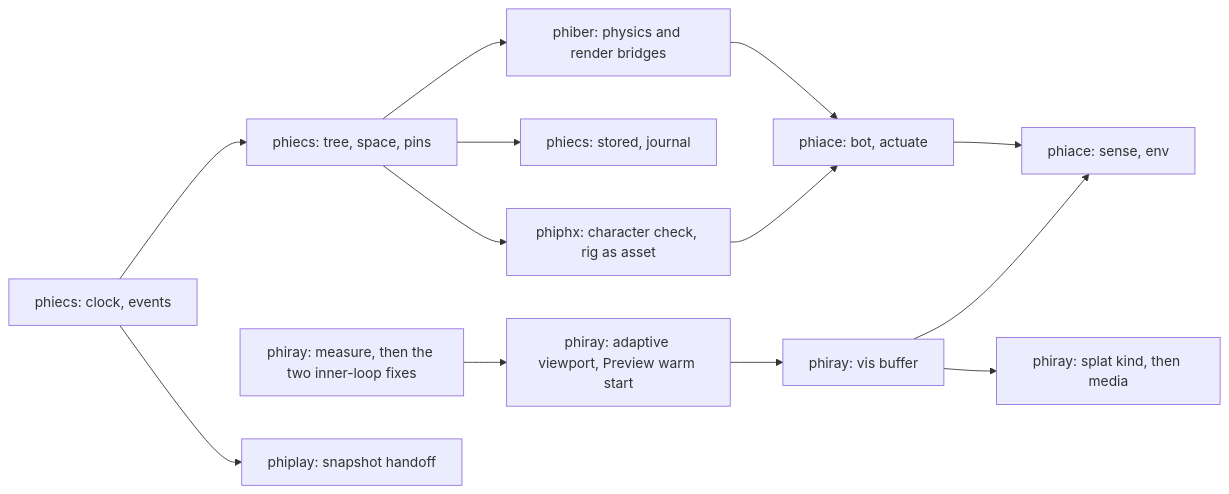
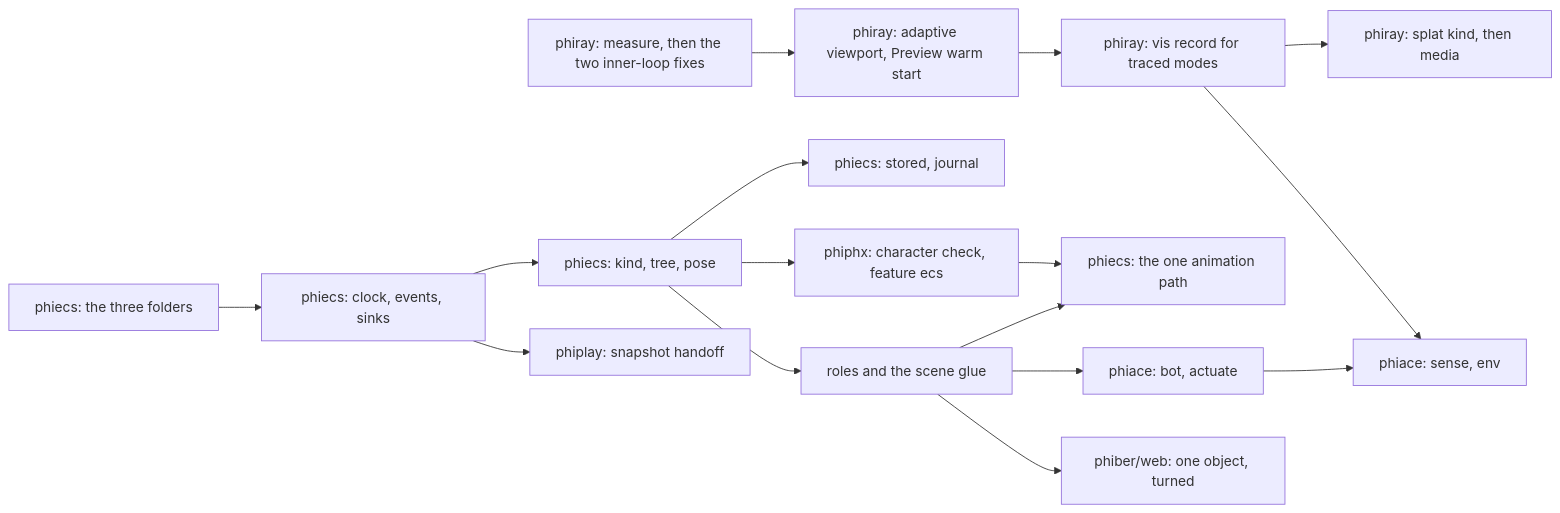
Before and after one commit to gemphi/phikit: the third of 3 diagrams in PLAN.md, drawn with Mermaid. The commit also changed other lines of this file and 21 other files, not shown here.

````diff
--- a/PLAN.md
+++ b/PLAN.md
@@ -105,23 +144,26 @@
 ```mermaid
 graph LR
     r1["phiray: measure, then the two inner-loop fixes"]
     r2["phiray: adaptive viewport, Preview warm start"]
-    r3["phiray: vis buffer"]
+    r3["phiray: vis record for traced modes"]
     r4["phiray: splat kind, then media"]
-    e1["phiecs: clock, events"]
-    e2["phiecs: tree, space, pins"]
+    e0["phiecs: the three folders"]
+    e1["phiecs: clock, events, sinks"]
+    e2["phiecs: kind, tree, pose"]
     e3["phiecs: stored, journal"]
     e4["phiplay: snapshot handoff"]
-    e5["phiber: physics and render bridges"]
+    e5["roles and the scene glue"]
+    e6["phiecs: the one animation path"]
     a1["phiace: bot, actuate"]
     a2["phiace: sense, env"]
-    x1["phiphx: character check, rig as asset"]
+    x1["phiphx: character check, feature ecs"]
+    web["phiber/web: one object, turned"]
     r1 --> r2 --> r3 --> r4
-    e1 --> e2 --> e3
+    e0 --> e1 --> e2 --> e3
     e1 --> e4
-    e2 --> e5
-    e2 --> x1
+    e2 --> e5 --> e6
+    e2 --> x1 --> e6
     e5 --> a1 --> a2
-    x1 --> a1
     r3 --> a2
+    e5 --> web
 ```
````
